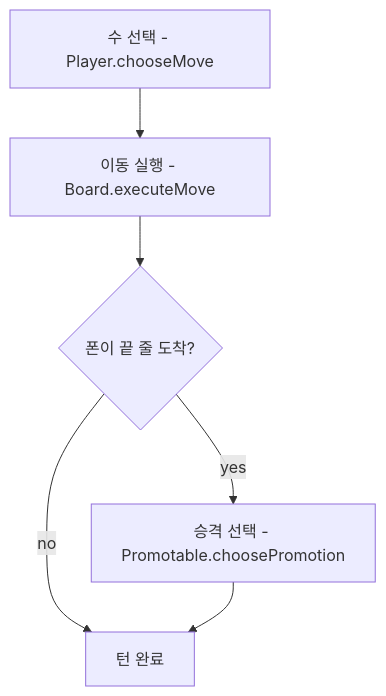
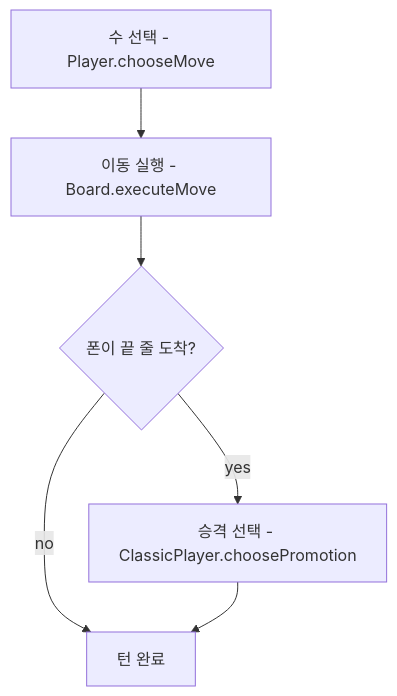
One commit to weweweme/teamnova_basic_class changed the fourth of 6 diagrams in week5/CLAUDE.md. Above: the diagram before and after it, drawn with Mermaid. The commit also changed other lines of this file and 15 other files, not shown here.

````diff
--- a/week5/CLAUDE.md
+++ b/week5/CLAUDE.md
@@ -484,8 +548,8 @@
 ```mermaid
 graph TD
     A[수 선택 - Player.chooseMove] --> B[이동 실행 - Board.executeMove]
     B --> C{폰이 끝 줄 도착?}
-    C -->|yes| D[승격 선택 - Promotable.choosePromotion]
+    C -->|yes| D[승격 선택 - ClassicPlayer.choosePromotion]
     C -->|no| E[턴 완료]
     D --> E
 ```
````
